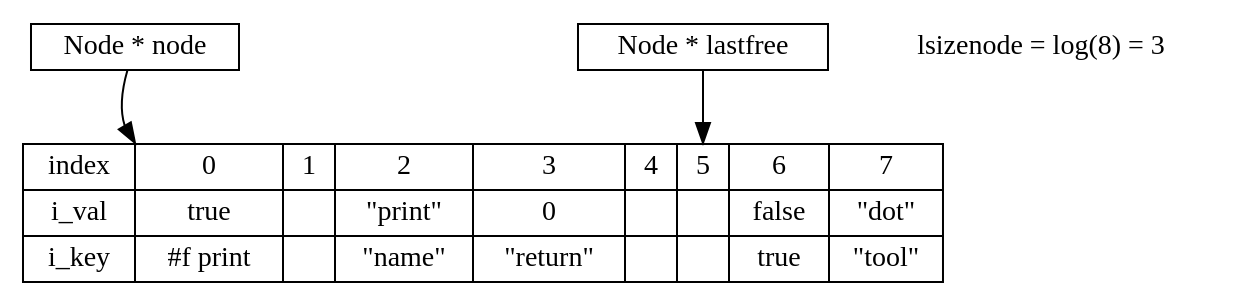
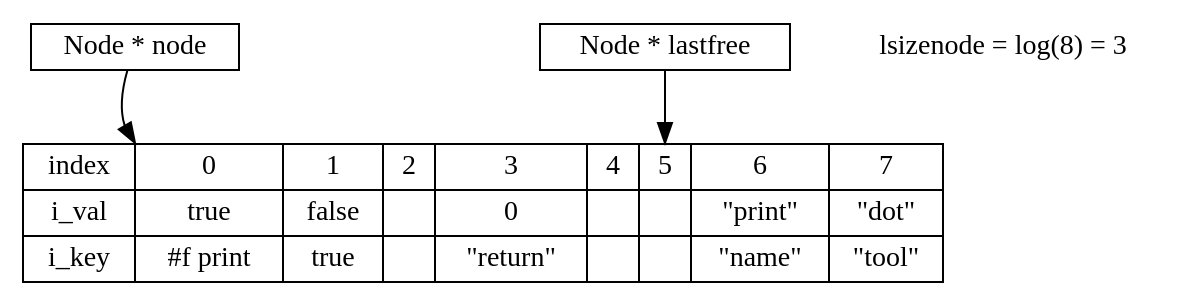
Before and after one commit to DreamAndDead/lua-5.1-source-guide: the first of 2 diagrams in book/table.org, drawn with Graphviz. The commit also changed other lines of this file and 5 other files, not shown here.

```diff
--- a/book/table.org
+++ b/book/table.org
@@ -117,26 +117,26 @@
 #+begin_src dot :file table-dict.png
 digraph {
 	node[shape=record, width=.1, height=.1];
 	
 	nd[label="
 	   {<i> index | <v> i_val | <k> i_key} |
 	   {<i0> 0| <v0> true | <k0> #f print} |
-	   {<i1> 1| <v1>  | <k1> } |
-	   {<i2> 2| <v2> \"print\" | <k2> \"name\" } |
+	   {<i1> 1| <v1> false  | <k1> true } |
+	   {<i2> 2| <v2>  | <k2> } |
 	   {<i3> 3| <v3> 0 | <k3> \"return\" } |
 	   {<i4> 4| <v4>  | <k4> } |
 	   {<i5> 5| <v5>  | <k5> } |
-	   {<i6> 6| <v6> false  | <k6> true } |
+	   {<i6> 6| <v6> \"print\" | <k6> \"name\" } |
 	   {<i7> 7| <v7> \"dot\"  | <k7> \"tool\" }
 	   "];
 
 	sz[label="lsizenode = log(8) = 3", shape=none];
 
 	lf[label="Node * lastfree"];
 	n[label="Node * node"];
 
 	n -> nd:i0:nw;
 
 	lf -> nd:i5:n;
 }
 #+end_src
```
